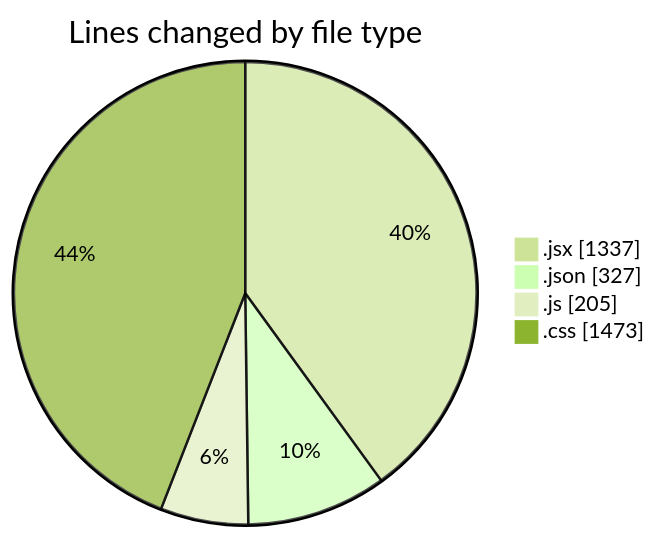
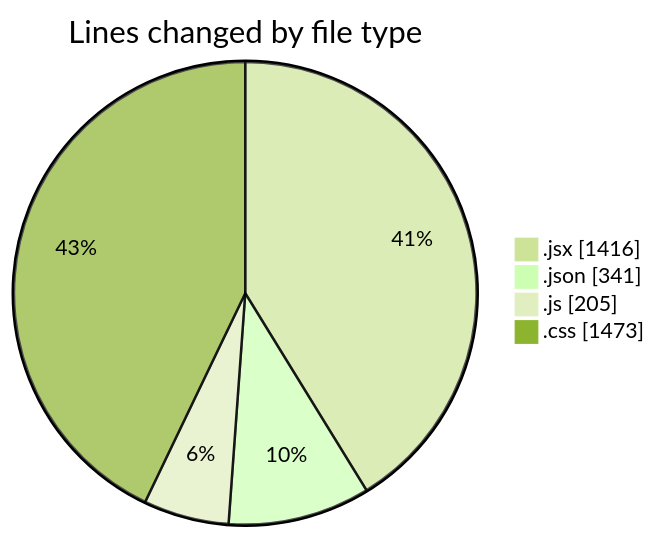
The first of 2 diagrams in 2025-05-04/project/README.md (BS-eng2023/code-tracking), drawn with Mermaid (forest theme) before and after one commit. The commit also changed other lines of this file and 1 other file, not shown here.

````diff
--- a/2025-05-04/project/README.md
+++ b/2025-05-04/project/README.md
@@ -39,8 +39,8 @@
 ```mermaid
 pie showData
 title Lines changed by file type
-".jsx" : 1337
-".json" : 327
+".jsx" : 1416
+".json" : 341
 ".js" : 205
 ".css" : 1473
 ```
````
